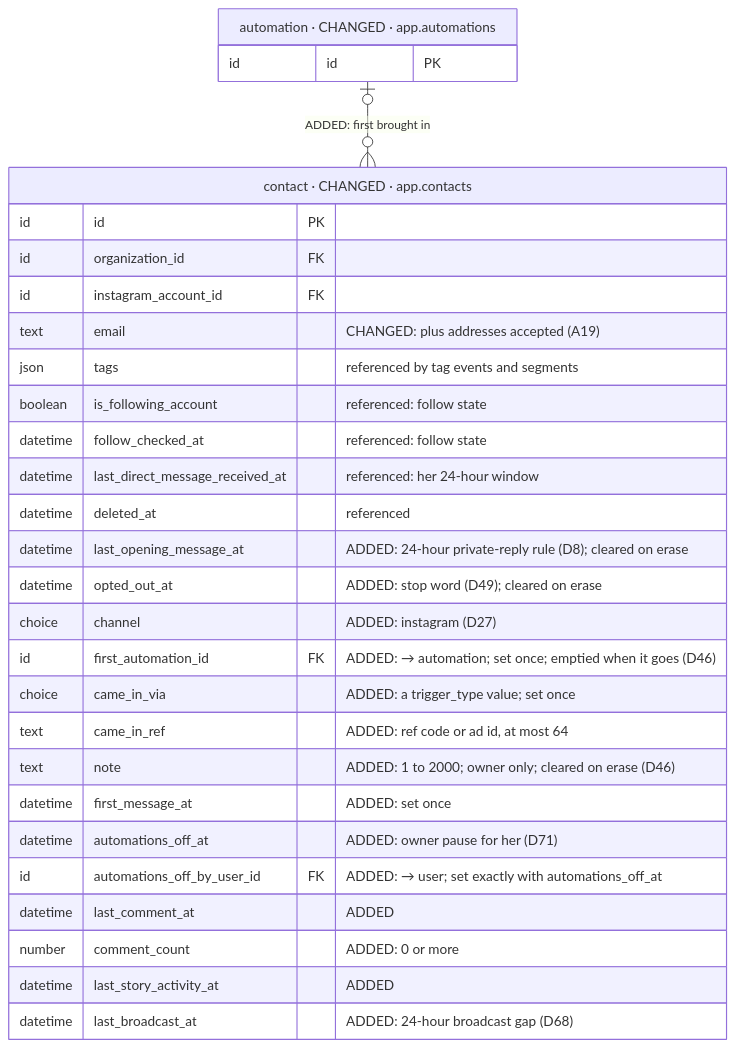
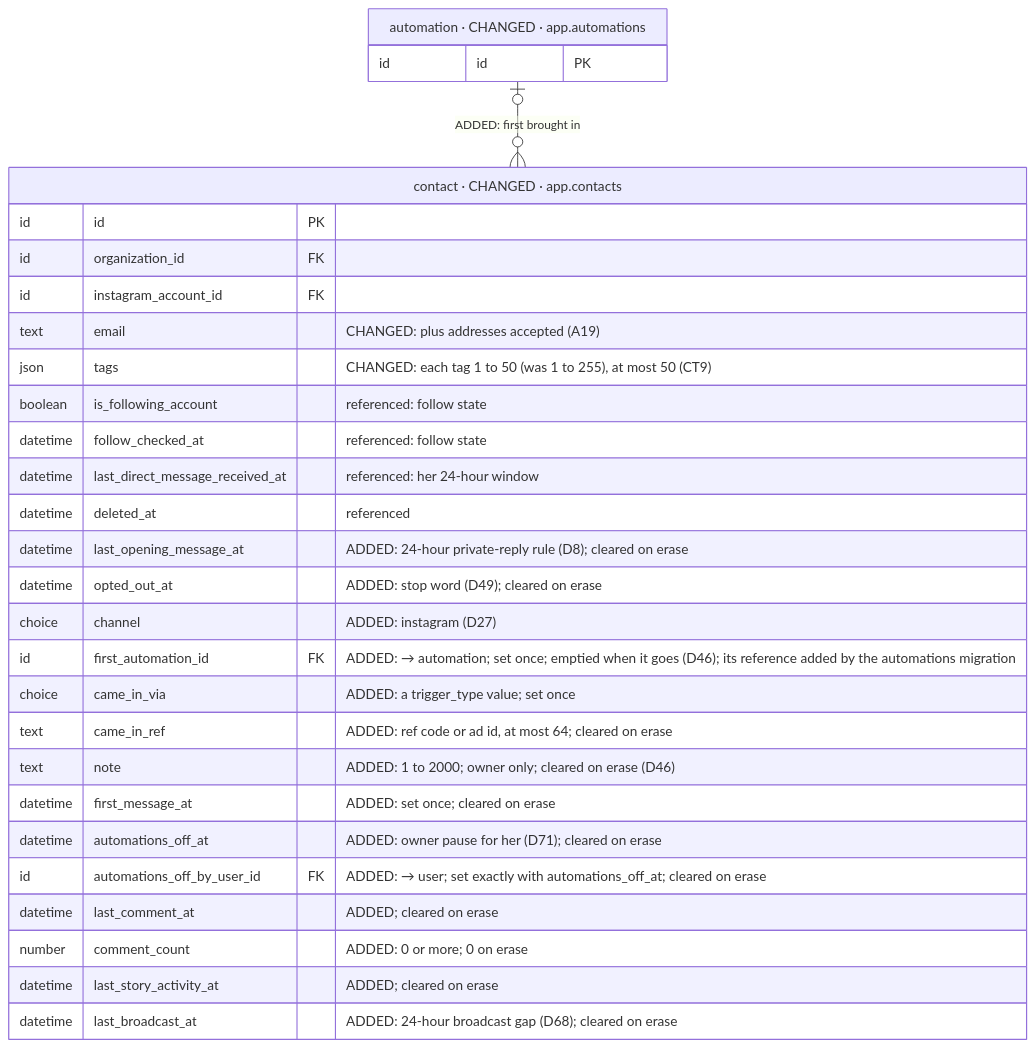
The eighth of 39 diagrams in iterations/feat-instagram-dm-sending-2026-11-23-oxak/plans/db-changes.md (albetrios/meepzo-be), drawn with Mermaid before and after one commit. The commit also changed other lines of this file and 2 other files, not shown here.

````diff
--- a/iterations/feat-instagram-dm-sending-2026-11-23-oxak/plans/db-changes.md
+++ b/iterations/feat-instagram-dm-sending-2026-11-23-oxak/plans/db-changes.md
@@ -420,32 +442,32 @@
 ```mermaid
 erDiagram
   contact["contact · CHANGED · app.contacts"] {
     id id PK
     id organization_id FK
     id instagram_account_id FK
     text email "CHANGED: plus addresses accepted (A19)"
-    json tags "referenced by tag events and segments"
+    json tags "CHANGED: each tag 1 to 50 (was 1 to 255), at most 50 (CT9)"
     boolean is_following_account "referenced: follow state"
     datetime follow_checked_at "referenced: follow state"
     datetime last_direct_message_received_at "referenced: her 24-hour window"
     datetime deleted_at "referenced"
     datetime last_opening_message_at "ADDED: 24-hour private-reply rule (D8); cleared on erase"
     datetime opted_out_at "ADDED: stop word (D49); cleared on erase"
     choice channel "ADDED: instagram (D27)"
-    id first_automation_id FK "ADDED: → automation; set once; emptied when it goes (D46)"
+    id first_automation_id FK "ADDED: → automation; set once; emptied when it goes (D46); its reference added by the automations migration"
     choice came_in_via "ADDED: a trigger_type value; set once"
-    text came_in_ref "ADDED: ref code or ad id, at most 64"
+    text came_in_ref "ADDED: ref code or ad id, at most 64; cleared on erase"
     text note "ADDED: 1 to 2000; owner only; cleared on erase (D46)"
-    datetime first_message_at "ADDED: set once"
-    datetime automations_off_at "ADDED: owner pause for her (D71)"
-    id automations_off_by_user_id FK "ADDED: → user; set exactly with automations_off_at"
-    datetime last_comment_at "ADDED"
-    number comment_count "ADDED: 0 or more"
-    datetime last_story_activity_at "ADDED"
-    datetime last_broadcast_at "ADDED: 24-hour broadcast gap (D68)"
+    datetime first_message_at "ADDED: set once; cleared on erase"
+    datetime automations_off_at "ADDED: owner pause for her (D71); cleared on erase"
+    id automations_off_by_user_id FK "ADDED: → user; set exactly with automations_off_at; cleared on erase"
+    datetime last_comment_at "ADDED; cleared on erase"
+    number comment_count "ADDED: 0 or more; 0 on erase"
+    datetime last_story_activity_at "ADDED; cleared on erase"
+    datetime last_broadcast_at "ADDED: 24-hour broadcast gap (D68); cleared on erase"
   }
   automation["automation · CHANGED · app.automations"] {
     id id PK
   }
   automation |o--o{ contact : "ADDED: first brought in"
 ```
````
